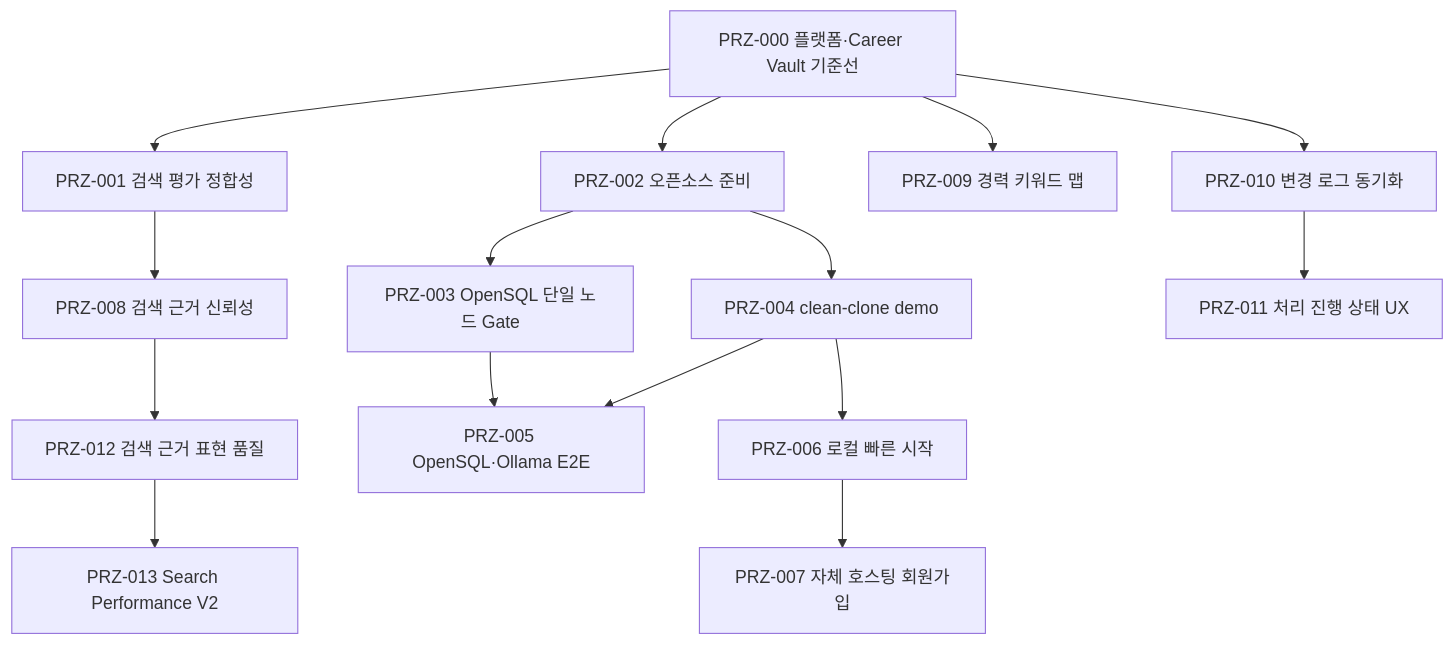
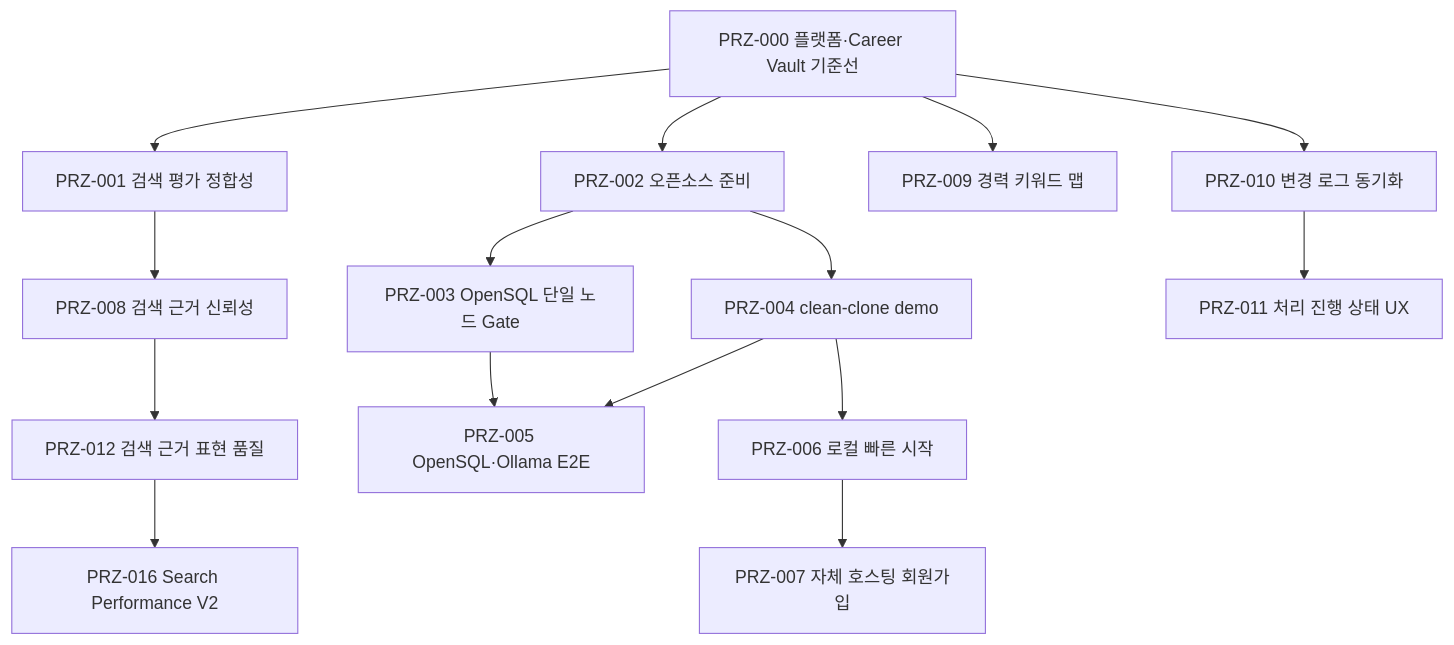
The diagram in specs/README.md (jaemin-devlog/PRIZM), drawn with Mermaid before and after one commit. The commit also changed other lines of this file and 51 other files, not shown here.

````diff
--- a/specs/README.md
+++ b/specs/README.md
@@ -24,24 +24,24 @@
 ```mermaid
 flowchart TD
     PRZ000["PRZ-000 플랫폼·Career Vault 기준선"]
     PRZ001["PRZ-001 검색 평가 정합성"]
     PRZ002["PRZ-002 오픈소스 준비"]
     PRZ003["PRZ-003 OpenSQL 단일 노드 Gate"]
     PRZ004["PRZ-004 clean-clone demo"]
     PRZ005["PRZ-005 OpenSQL·Ollama E2E"]
     PRZ006["PRZ-006 로컬 빠른 시작"]
     PRZ007["PRZ-007 자체 호스팅 회원가입"]
     PRZ008["PRZ-008 검색 근거 신뢰성"]
     PRZ009["PRZ-009 경력 키워드 맵"]
     PRZ010["PRZ-010 변경 로그 동기화"]
     PRZ011["PRZ-011 처리 진행 상태 UX"]
     PRZ012["PRZ-012 검색 근거 표현 품질"]
-    PRZ013["PRZ-013 Search Performance V2"]
+    PRZ016["PRZ-016 Search Performance V2"]
 
-    PRZ000 --> PRZ001 --> PRZ008 --> PRZ012 --> PRZ013
+    PRZ000 --> PRZ001 --> PRZ008 --> PRZ012 --> PRZ016
     PRZ000 --> PRZ002 --> PRZ003 --> PRZ005
     PRZ002 --> PRZ004 --> PRZ005
     PRZ004 --> PRZ006 --> PRZ007
     PRZ000 --> PRZ009
     PRZ000 --> PRZ010 --> PRZ011
 ```
````
